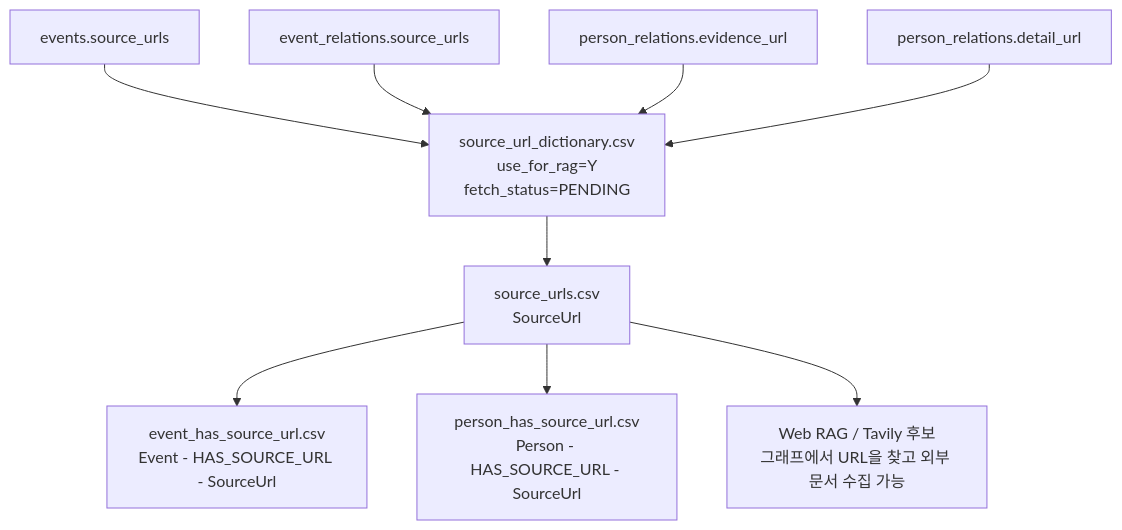
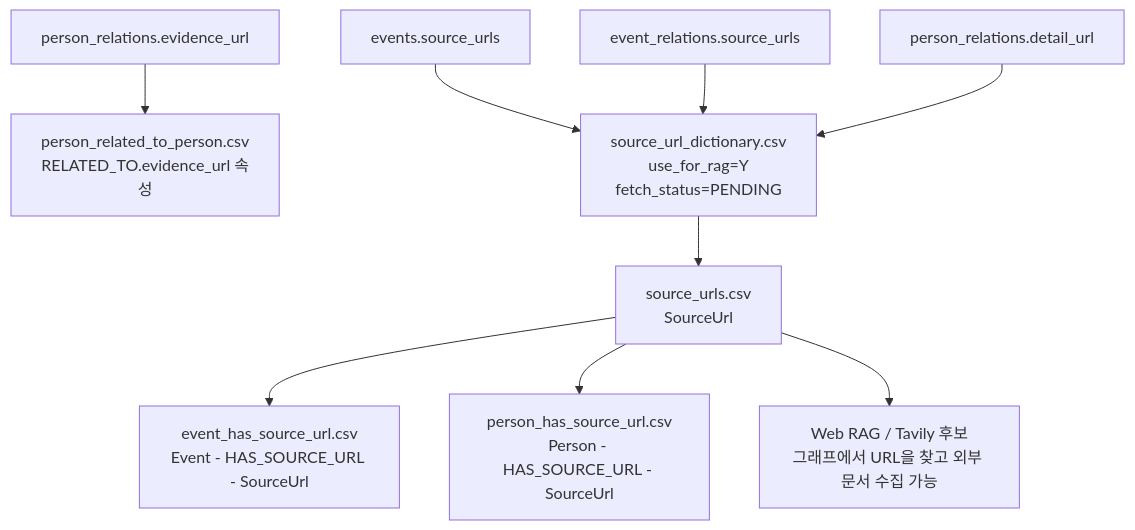
Diagram 16 of 20 in docs/neo4j/neo4j_implementation_mermaid_flow.md (SKNETWORKS-FAMILY-AICAMP/SKN27-FINAL-2Team), drawn with Mermaid before and after one commit. The commit also changed other lines of this file and 11 other files, not shown here.

````diff
--- a/docs/neo4j/neo4j_implementation_mermaid_flow.md
+++ b/docs/neo4j/neo4j_implementation_mermaid_flow.md
@@ -700,24 +701,25 @@
 ```mermaid
 flowchart TB
     event_urls["events.source_urls"]
     event_relation_urls["event_relations.source_urls"]
     person_evidence["person_relations.evidence_url"]
+    related_evidence["person_related_to_person.csv<br/>RELATED_TO.evidence_url 속성"]
     person_detail["person_relations.detail_url"]
 
     source_url_dict["source_url_dictionary.csv<br/>use_for_rag=Y<br/>fetch_status=PENDING"]
     source_urls_node["source_urls.csv<br/>SourceUrl"]
 
     event_has_url["event_has_source_url.csv<br/>Event - HAS_SOURCE_URL - SourceUrl"]
     person_has_url["person_has_source_url.csv<br/>Person - HAS_SOURCE_URL - SourceUrl"]
     web_rag["Web RAG / Tavily 후보<br/>그래프에서 URL을 찾고 외부 문서 수집 가능"]
 
     event_urls --> source_url_dict
     event_relation_urls --> source_url_dict
-    person_evidence --> source_url_dict
+    person_evidence --> related_evidence
     person_detail --> source_url_dict
 
     source_url_dict --> source_urls_node
     source_urls_node --> event_has_url
     source_urls_node --> person_has_url
     source_urls_node --> web_rag
 ```
````
